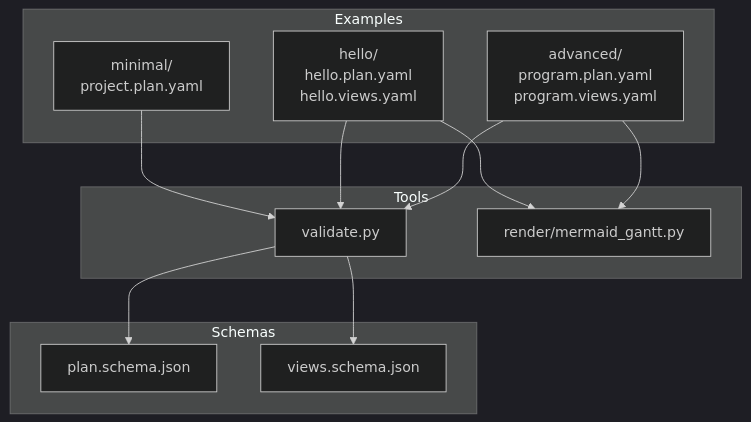
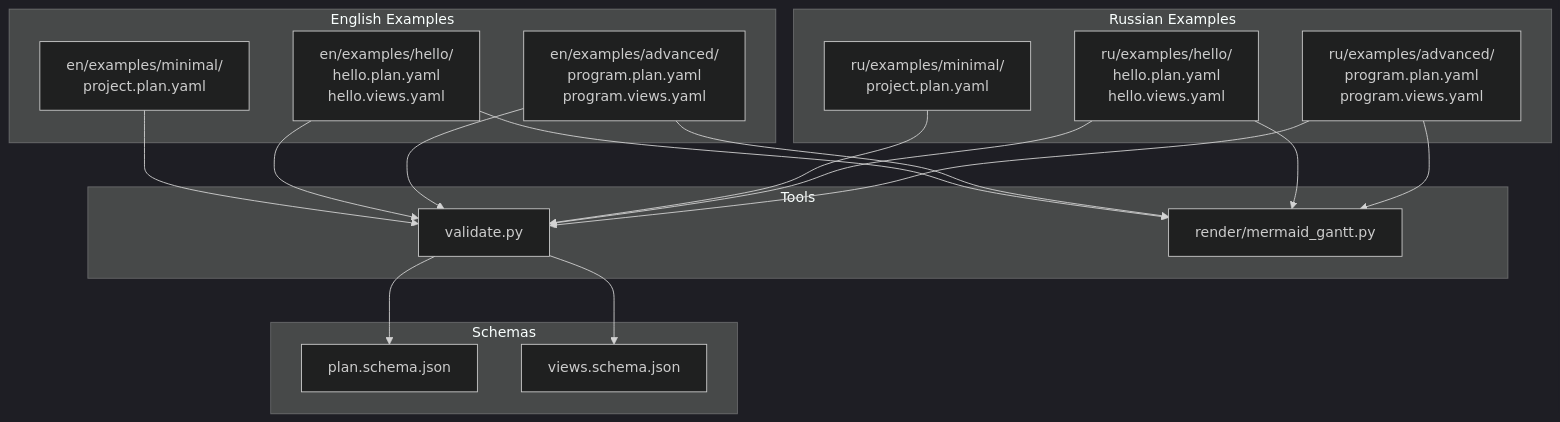
One commit to asukhodko/opskarta changed the first of 6 diagrams in .qoder/repowiki/en/content/Examples and Use Cases/Examples and Use Cases.md. Above: the diagram before and after it, drawn with Mermaid (dark theme). The commit also changed other lines of this file and 7 other files, not shown here.

First line of the commit message:
feat(docs): add bilingual English and Russian examples and specifications

````diff
--- a/.qoder/repowiki/en/content/Examples and Use Cases/Examples and Use Cases.md
+++ b/.qoder/repowiki/en/content/Examples and Use Cases/Examples and Use Cases.md
@@ -44,23 +82,33 @@
 ```mermaid
 graph TB
-subgraph "Examples"
-MIN["minimal/<br/>project.plan.yaml"]
-H["hello/<br/>hello.plan.yaml<br/>hello.views.yaml"]
-ADV["advanced/<br/>program.plan.yaml<br/>program.views.yaml"]
+subgraph "English Examples"
+EN_MIN["en/examples/minimal/<br/>project.plan.yaml"]
+EN_HELLO["en/examples/hello/<br/>hello.plan.yaml<br/>hello.views.yaml"]
+EN_ADV["en/examples/advanced/<br/>program.plan.yaml<br/>program.views.yaml"]
+end
+subgraph "Russian Examples"
+RU_MIN["ru/examples/minimal/<br/>project.plan.yaml"]
+RU_HELLO["ru/examples/hello/<br/>hello.plan.yaml<br/>hello.views.yaml"]
+RU_ADV["ru/examples/advanced/<br/>program.plan.yaml<br/>program.views.yaml"]
 end
 subgraph "Tools"
 VAL["validate.py"]
 MR["render/mermaid_gantt.py"]
 end
 subgraph "Schemas"
 PLAN_S["plan.schema.json"]
 VIEWS_S["views.schema.json"]
 end
-MIN --> VAL
-H --> VAL
-ADV --> VAL
-H --> MR
-ADV --> MR
+EN_MIN --> VAL
+EN_HELLO --> VAL
+EN_ADV --> VAL
+RU_MIN --> VAL
+RU_HELLO --> VAL
+RU_ADV --> VAL
+EN_HELLO --> MR
+EN_ADV --> MR
+RU_HELLO --> MR
+RU_ADV --> MR
 VAL --> PLAN_S
 VAL --> VIEWS_S
 ```
````
